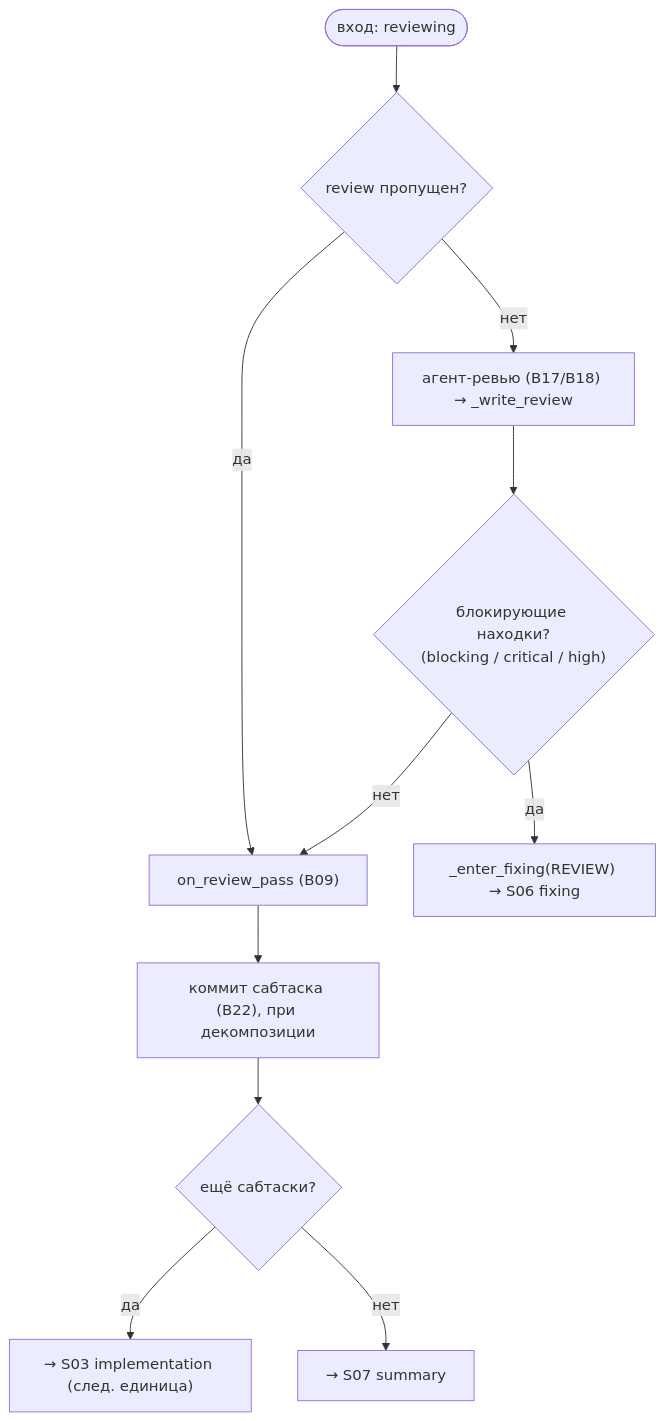
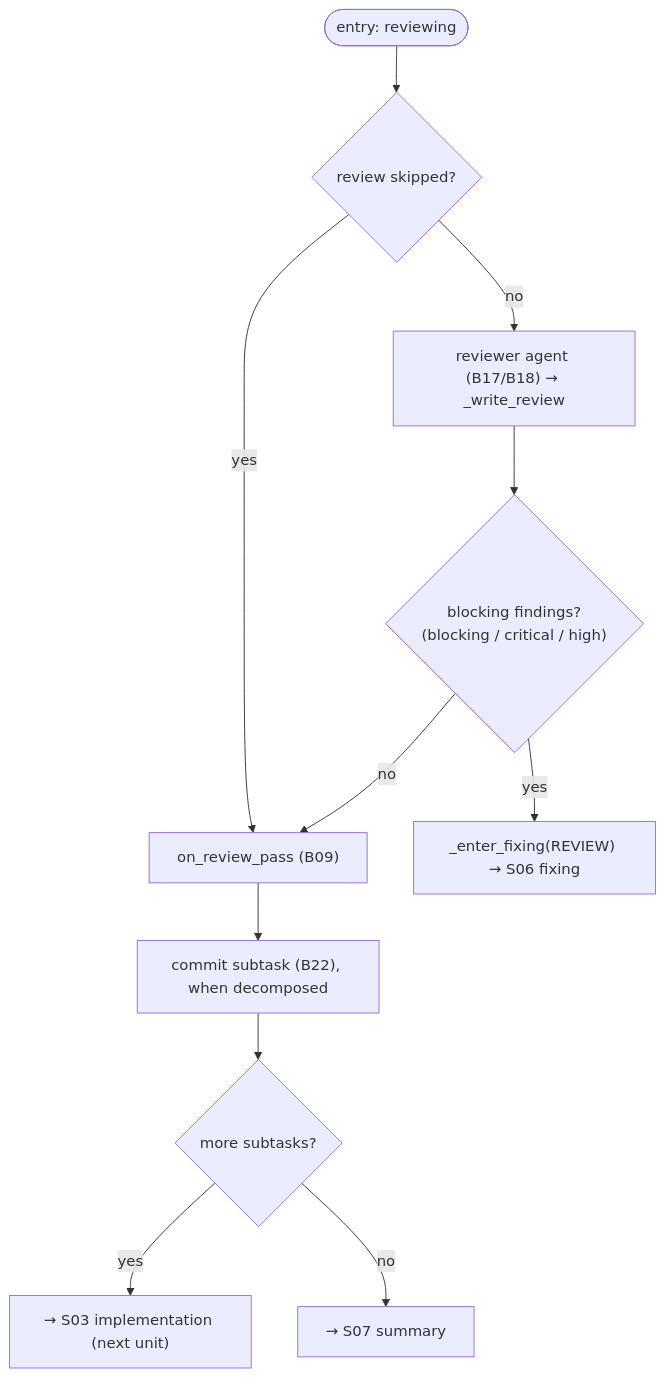
The diagram in docs/functional/flows/coding/S05-review.md (VladimirMakarevich/wastech-orchestrator), drawn with Mermaid before and after one commit. The commit also changed other lines of this file and 41 other files, not shown here.

Commit message:
docs: translate system flows documentation from Russian to English, ensuring clarity and consistency in terminology. Update sequence diagrams and flowcharts to reflect the changes in language. Maintain the structure and references to blocks for ease of navigation.

````diff
--- a/docs/functional/flows/coding/S05-review.md
+++ b/docs/functional/flows/coding/S05-review.md
@@ -38,13 +38,13 @@
 ```mermaid
 flowchart TB
-    start(["вход: reviewing"]) --> skip{"review пропущен?"}
-    skip -->|да| pass["on_review_pass (B09)"]
-    skip -->|нет| run["агент-ревью (B17/B18) → _write_review"]
-    run --> b{"блокирующие находки?<br/>(blocking / critical / high)"}
-    b -->|нет| pass
-    b -->|да| fix["_enter_fixing(REVIEW) → S06 fixing"]
-    pass --> commit["коммит сабтаска (B22), при декомпозиции"]
-    commit --> more{"ещё сабтаски?"}
-    more -->|да| impl["→ S03 implementation (след. единица)"]
-    more -->|нет| summ["→ S07 summary"]
+    start(["entry: reviewing"]) --> skip{"review skipped?"}
+    skip -->|yes| pass["on_review_pass (B09)"]
+    skip -->|no| run["reviewer agent (B17/B18) → _write_review"]
+    run --> b{"blocking findings?<br/>(blocking / critical / high)"}
+    b -->|no| pass
+    b -->|yes| fix["_enter_fixing(REVIEW) → S06 fixing"]
+    pass --> commit["commit subtask (B22), when decomposed"]
+    commit --> more{"more subtasks?"}
+    more -->|yes| impl["→ S03 implementation (next unit)"]
+    more -->|no| summ["→ S07 summary"]
 ```
````
